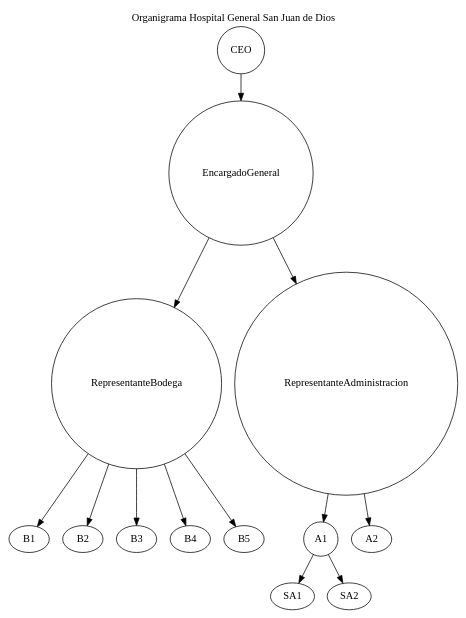
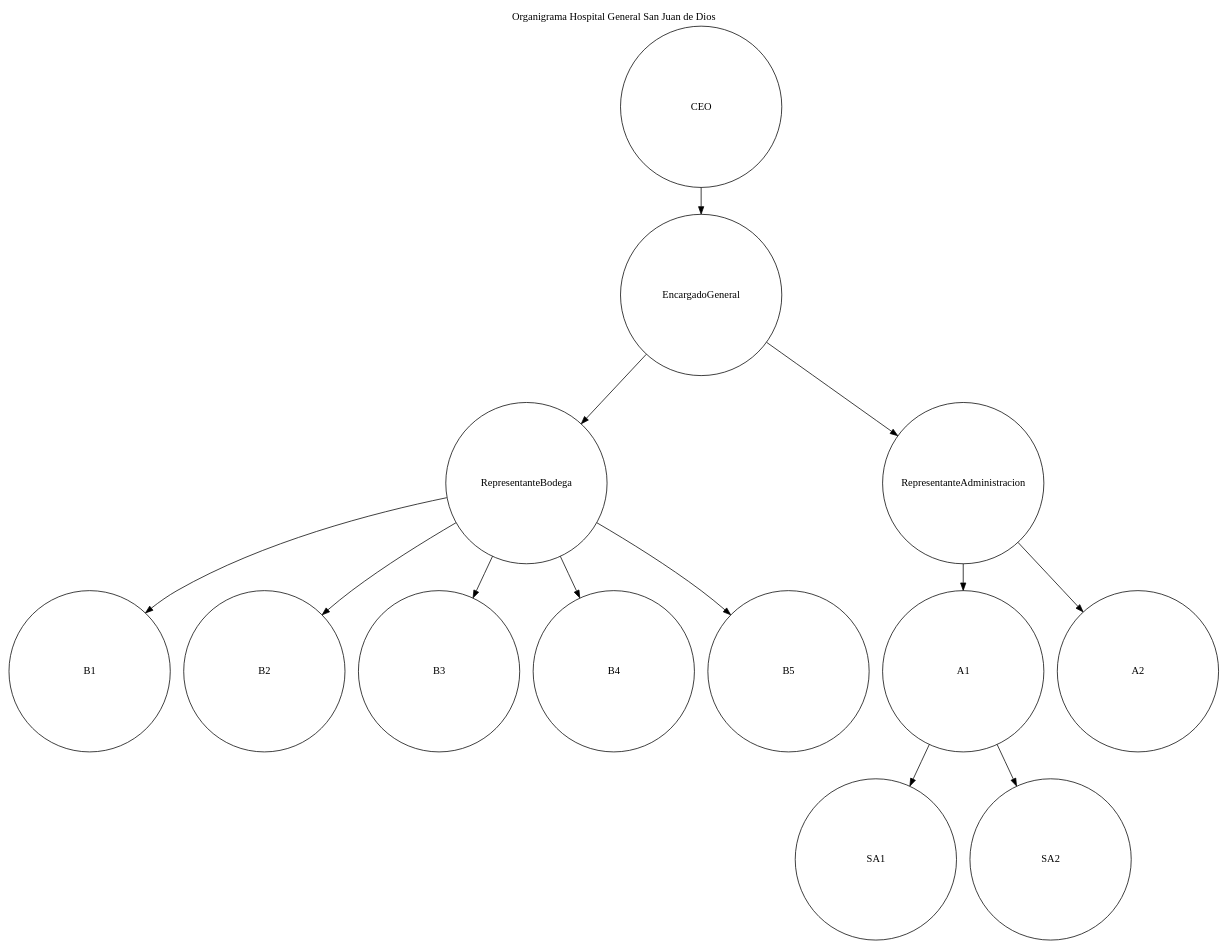
One commit to DiegoPabloPA/ECYS_Conferencia_09_18_2022 changed the diagram in dotFiles/organigrama.dot. Above: the diagram before and after it, drawn with Graphviz. The commit also changed 24 other files, not shown here.

```diff
--- a/dotFiles/organigrama.dot
+++ b/dotFiles/organigrama.dot
@@ -1,38 +1,43 @@
 
-        digraph  grafi{
-            rankdir=TB;
-            labelloc="t";
-            label="Organigrama Hospital General San Juan de Dios";
+            digraph  grafi{
+                rankdir=TB;
+                labelloc="t";
+                label="Organigrama Hospital General San Juan de Dios";
+                node[shape="circle"
+                fixedsize=true
+                width=3
+                height=3
+                ];
         A1[shape="circle"];
 
         A1-> {
         SA1;
 SA2;
         }
         CEO[shape="circle"];
 
         CEO-> {
         EncargadoGeneral;
         }
         RepresentanteBodega[shape="circle"];
 
         RepresentanteBodega-> {
         B1;
 B2;
 B3;
 B4;
 B5;
         }
         EncargadoGeneral[shape="circle"];
 
         EncargadoGeneral-> {
         RepresentanteBodega;
 RepresentanteAdministracion;
         }
         RepresentanteAdministracion[shape="circle"];
 
         RepresentanteAdministracion-> {
         A1;
 A2;
         }
         }
```
